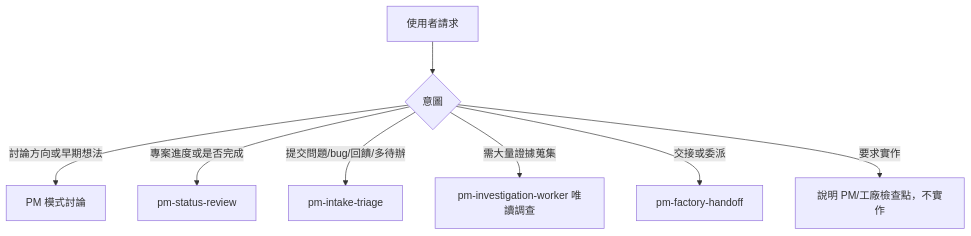
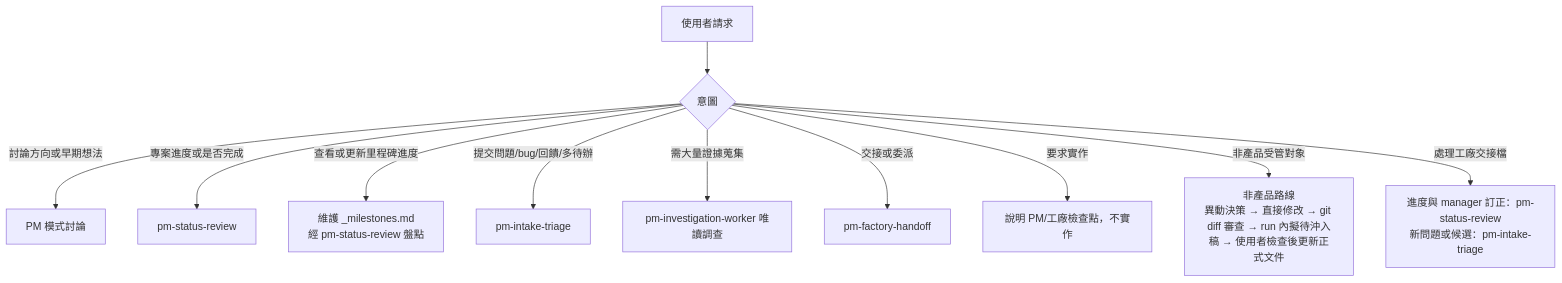
Before and after one commit to nekojuice/.agents: the first of 2 diagrams in orchestrator-pm-readme.md, drawn with Mermaid. The commit also changed other lines of this file and 46 other files, not shown here.

````diff
--- a/orchestrator-pm-readme.md
+++ b/orchestrator-pm-readme.md
@@ -67,10 +69,13 @@
 ```mermaid
 flowchart TD
   U[使用者請求] --> R{意圖}
   R -- 討論方向或早期想法 --> D[PM 模式討論]
   R -- 專案進度或是否完成 --> S[pm-status-review]
+  R -- 查看或更新里程碑進度 --> M[維護 _milestones.md<br/>經 pm-status-review 盤點]
   R -- 提交問題/bug/回饋/多待辦 --> T[pm-intake-triage]
   R -- 需大量證據蒐集 --> I[pm-investigation-worker 唯讀調查]
   R -- 交接或委派 --> H[pm-factory-handoff]
   R -- 要求實作 --> X[說明 PM/工廠檢查點，不實作]
+  R -- 非產品受管對象 --> N[非產品路線<br/>異動決策 → 直接修改 → git diff 審查 → run 內擬待沖入稿 → 使用者檢查後更新正式文件]
+  R -- 處理工廠交接檔 --> F[進度與 manager 訂正：pm-status-review<br/>新問題或候選：pm-intake-triage]
 ```
````
